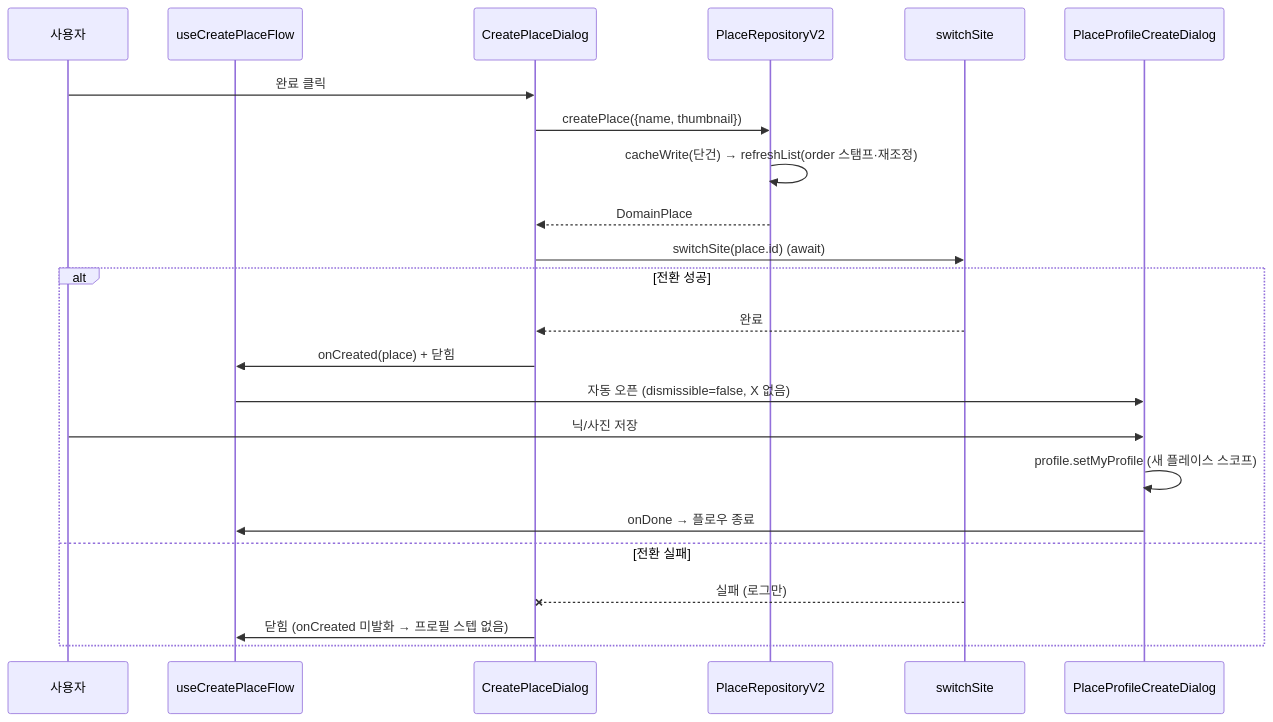
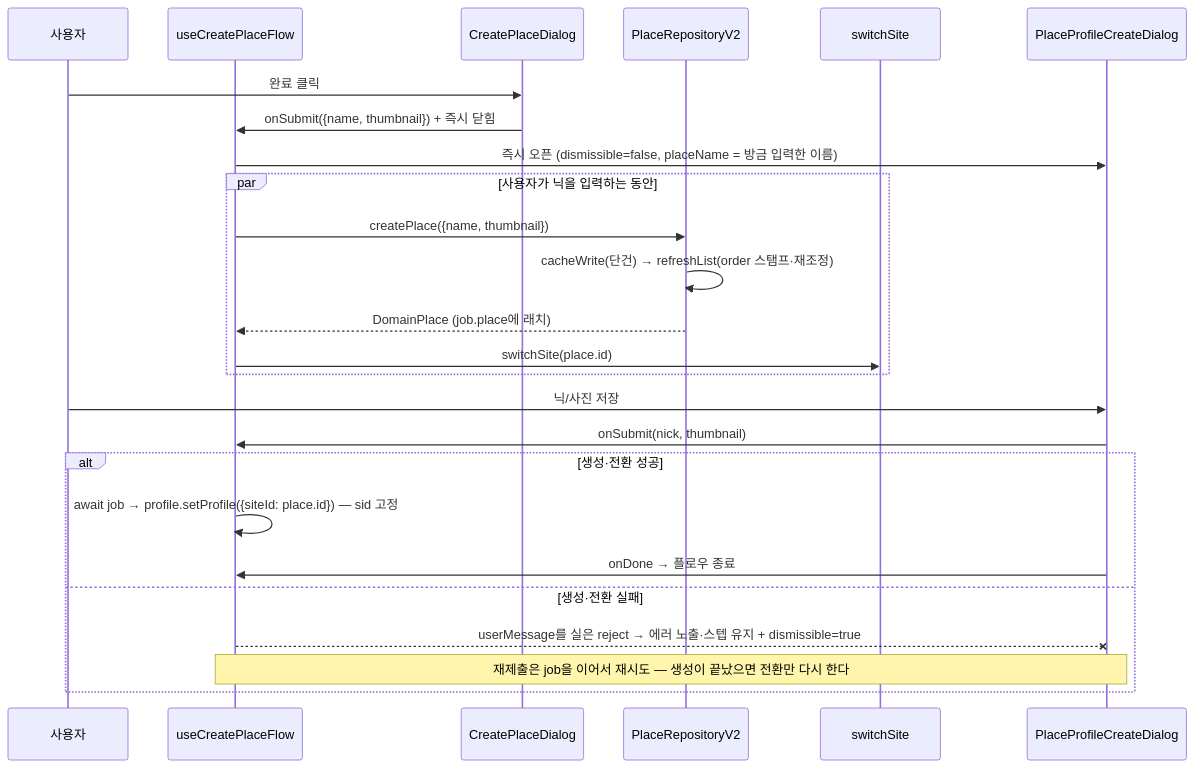
Before and after one commit to lemoncloud-io/dou-app: the second of 3 diagrams in apps/web/docs/feature/place/relay-default-place-scoping.md, drawn with Mermaid. The commit also changed other lines of this file and 26 other files, not shown here.

First line of the commit message:
fix(web/mypage): edit the account profile from a cloud, and settle the place before its profile

````diff
--- a/apps/web/docs/feature/place/relay-default-place-scoping.md
+++ b/apps/web/docs/feature/place/relay-default-place-scoping.md
@@ -97,25 +97,27 @@
 ```mermaid
 sequenceDiagram
     participant U as 사용자
     participant F as useCreatePlaceFlow
     participant D as CreatePlaceDialog
     participant R as PlaceRepositoryV2
     participant S as switchSite
     participant PD as PlaceProfileCreateDialog
     U->>D: 완료 클릭
-    D->>R: createPlace({name, thumbnail})
-    R->>R: cacheWrite(단건) → refreshList(order 스탬프·재조정)
-    R-->>D: DomainPlace
-    D->>S: switchSite(place.id) (await)
-    alt 전환 성공
-        S-->>D: 완료
-        D->>F: onCreated(place) + 닫힘
-        F->>PD: 자동 오픈 (dismissible=false, X 없음)
-        U->>PD: 닉/사진 저장
-        PD->>PD: profile.setMyProfile (새 플레이스 스코프)
+    D->>F: onSubmit({name, thumbnail}) + 즉시 닫힘
+    F->>PD: 즉시 오픈 (dismissible=false, placeName = 방금 입력한 이름)
+    par 사용자가 닉을 입력하는 동안
+        F->>R: createPlace({name, thumbnail})
+        R->>R: cacheWrite(단건) → refreshList(order 스탬프·재조정)
+        R-->>F: DomainPlace (job.place에 래치)
+        F->>S: switchSite(place.id)
+    end
+    U->>PD: 닉/사진 저장
+    PD->>F: onSubmit(nick, thumbnail)
+    alt 생성·전환 성공
+        F->>F: await job → profile.setProfile({siteId: place.id}) — sid 고정
         PD->>F: onDone → 플로우 종료
-    else 전환 실패
-        S--xD: 실패 (로그만)
-        D->>F: 닫힘 (onCreated 미발화 → 프로필 스텝 없음)
+    else 생성·전환 실패
+        F--xPD: userMessage를 실은 reject → 에러 노출·스텝 유지 + dismissible=true
+        Note over F,PD: 재제출은 job을 이어서 재시도 — 생성이 끝났으면 전환만 다시 한다
     end
 ```
````
